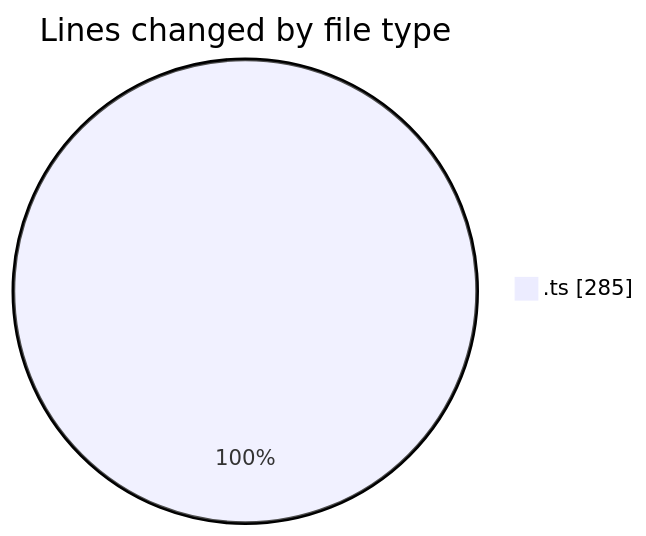
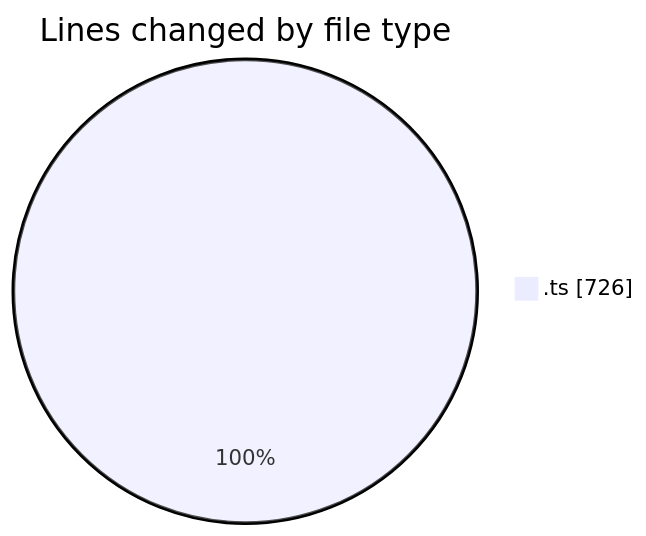
Before and after one commit to tmsrecording-cyber/code-tracking: the first of 2 diagrams in 2026-02-03/singularitybrainai/README.md, drawn with Mermaid. The commit also changed other lines of this file and 1 other file, not shown here.

````diff
--- a/2026-02-03/singularitybrainai/README.md
+++ b/2026-02-03/singularitybrainai/README.md
@@ -20,5 +21,5 @@
 ```mermaid
 pie showData
 title Lines changed by file type
-".ts" : 285
+".ts" : 726
 ```
````
